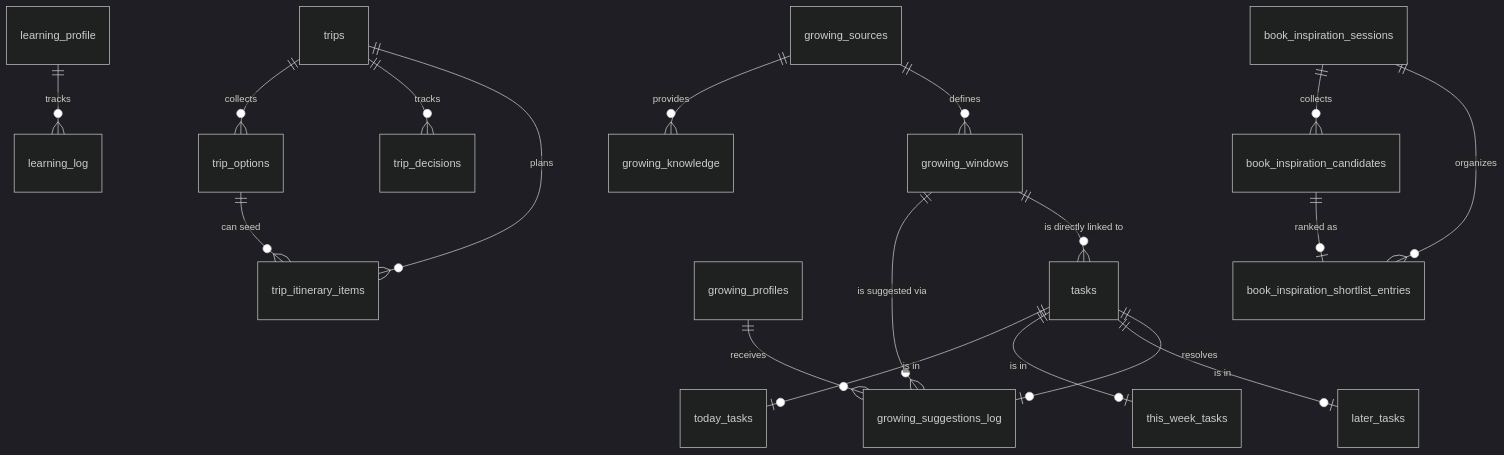
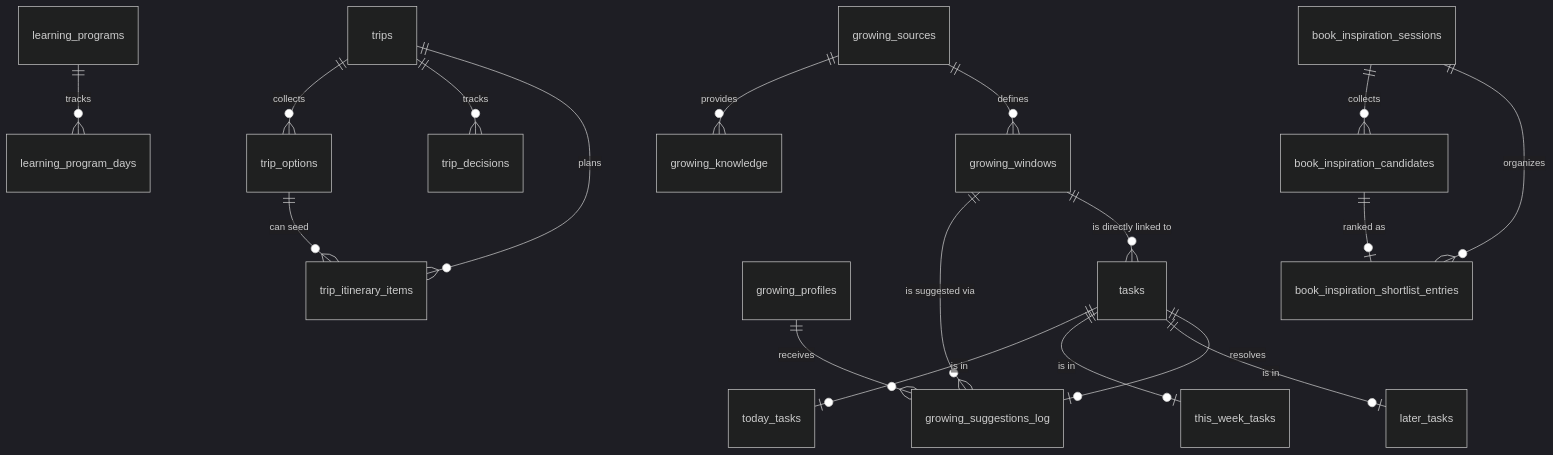
Before and after one commit to dukemai/agent-worker: the diagram in docs/DATABASE-ARCHITECTURE.md, drawn with Mermaid (dark theme). The commit also changed other lines of this file and 38 other files, not shown here.

````diff
--- a/docs/DATABASE-ARCHITECTURE.md
+++ b/docs/DATABASE-ARCHITECTURE.md
@@ -7,23 +7,23 @@
 ```mermaid
 erDiagram
     tasks ||--o| today_tasks : "is in"
     tasks ||--o| this_week_tasks : "is in"
     tasks ||--o| later_tasks : "is in"
     
     growing_profiles ||--o{ growing_suggestions_log : "receives"
     growing_windows ||--o{ growing_suggestions_log : "is suggested via"
     growing_windows ||--o{ tasks : "is directly linked to"
     tasks ||--o| growing_suggestions_log : "resolves"
     
     growing_sources ||--o{ growing_knowledge : "provides"
     growing_sources ||--o{ growing_windows : "defines"
     
-    learning_profile ||--o{ learning_log : "tracks"
+    learning_programs ||--o{ learning_program_days : "tracks"
     trips ||--o{ trip_options : "collects"
     trips ||--o{ trip_decisions : "tracks"
     trips ||--o{ trip_itinerary_items : "plans"
     trip_options ||--o{ trip_itinerary_items : "can seed"
     book_inspiration_sessions ||--o{ book_inspiration_candidates : "collects"
     book_inspiration_sessions ||--o{ book_inspiration_shortlist_entries : "organizes"
     book_inspiration_candidates ||--o| book_inspiration_shortlist_entries : "ranked as"
 ```
````
